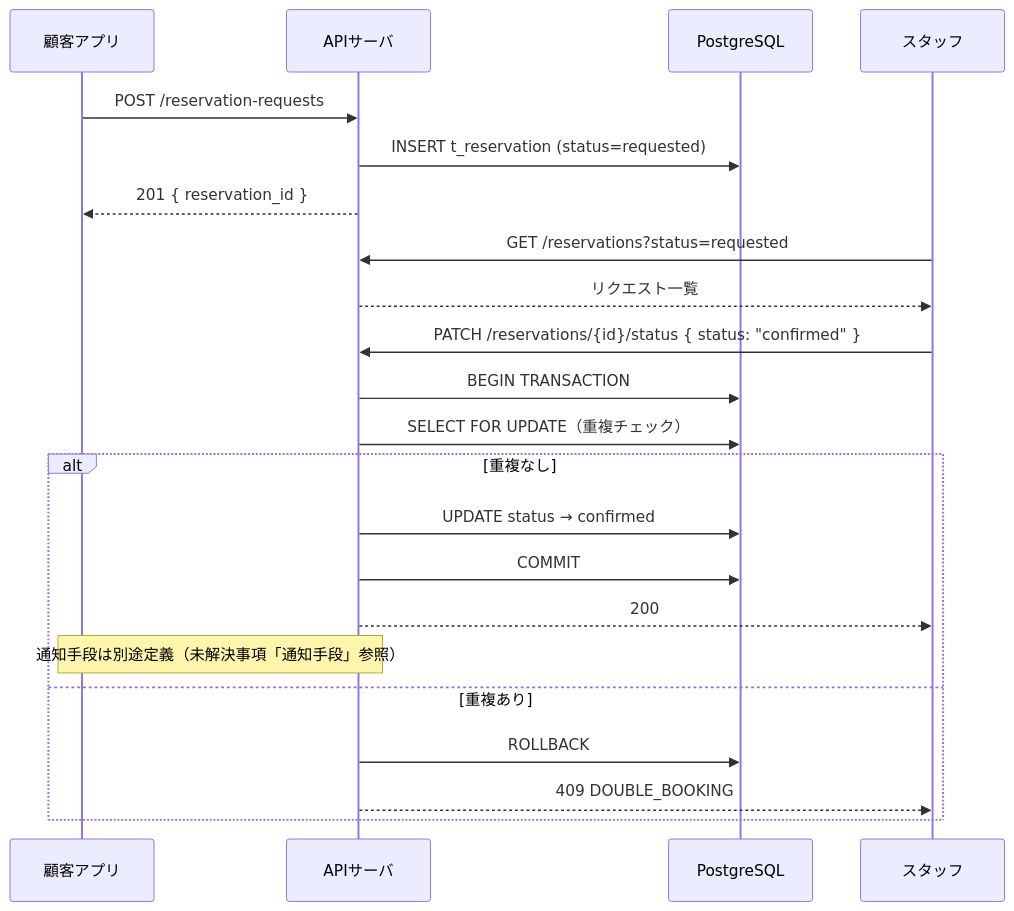
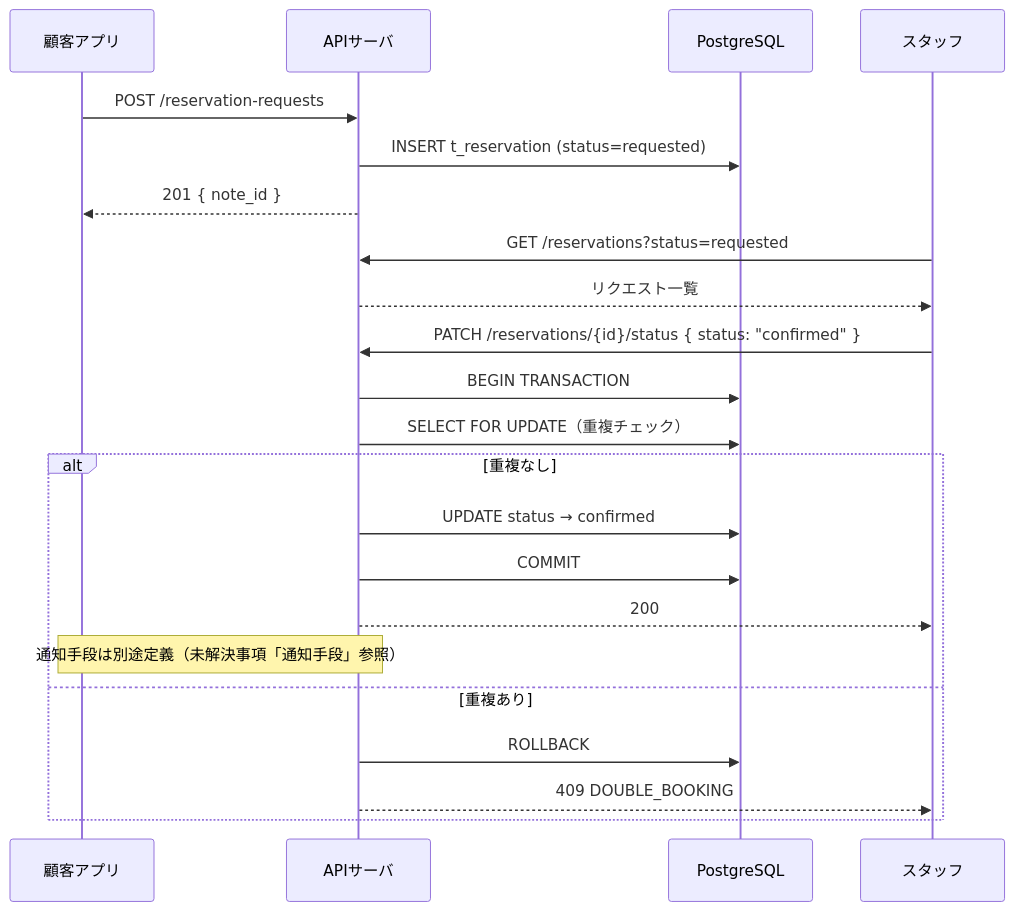
The second of 2 diagrams in docs/予約ロジック設計書.md (hachiju88/be-note), drawn with Mermaid before and after one commit. The commit also changed other lines of this file and 2 other files, not shown here.

````diff
--- a/docs/予約ロジック設計書.md
+++ b/docs/予約ロジック設計書.md
@@ -499,27 +502,27 @@
 ```mermaid
 sequenceDiagram
     participant C as 顧客アプリ
     participant API as APIサーバ
     participant DB as PostgreSQL
     participant Staff as スタッフ
 
     C->>API: POST /reservation-requests
     API->>DB: INSERT t_reservation (status=requested)
-    API-->>C: 201 { reservation_id }
+    API-->>C: 201 { note_id }
 
     Staff->>API: GET /reservations?status=requested
     API-->>Staff: リクエスト一覧
 
     Staff->>API: PATCH /reservations/{id}/status { status: "confirmed" }
     API->>DB: BEGIN TRANSACTION
     API->>DB: SELECT FOR UPDATE（重複チェック）
     alt 重複なし
         API->>DB: UPDATE status → confirmed
         API->>DB: COMMIT
         API-->>Staff: 200
         Note over API,C: 通知手段は別途定義（未解決事項「通知手段」参照）
     else 重複あり
         API->>DB: ROLLBACK
         API-->>Staff: 409 DOUBLE_BOOKING
     end
 ```
````
